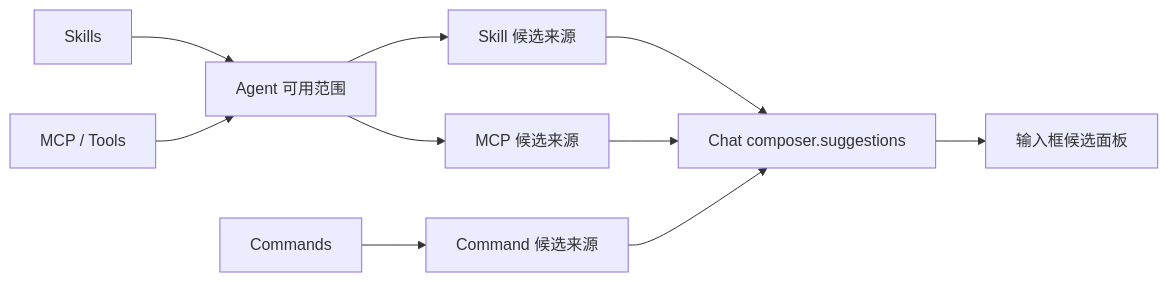
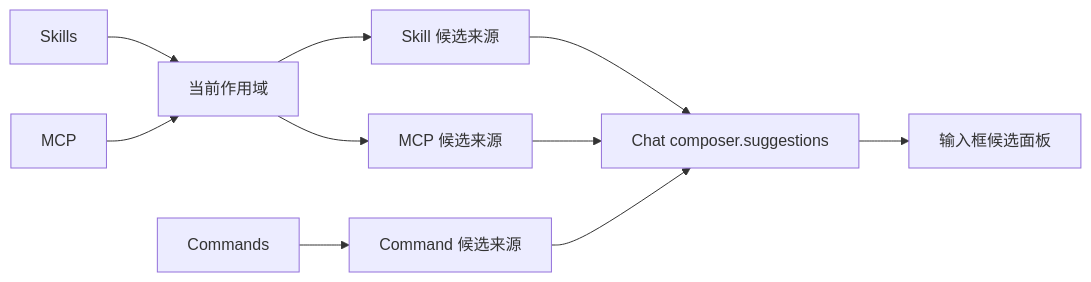
The diagram in docs/plan/skill-picker.md (lucy971326/EDITH-Harness), drawn with Mermaid before and after one commit. The commit also changed other lines of this file and 24 other files, not shown here.

First line of the commit message:
feat: Skills 与 MCP 按作用域自动可用 / Auto-enable skills and MCP by scope

````diff
--- a/docs/plan/skill-picker.md
+++ b/docs/plan/skill-picker.md
@@ -7,14 +7,14 @@
 ```mermaid
 flowchart LR
-    Skills[Skills] --> Agent[Agent 可用范围]
-    MCP[MCP / Tools] --> Agent
+    Skills[Skills] --> Scope[当前作用域]
+    MCP[MCP] --> Scope
 
-    Agent --> SkillSource[Skill 候选来源]
-    Agent --> MCPSource[MCP 候选来源]
+    Scope --> SkillSource[Skill 候选来源]
+    Scope --> MCPSource[MCP 候选来源]
     Commands[Commands] --> CommandSource[Command 候选来源]
 
     SkillSource --> Suggestions[Chat composer.suggestions]
     MCPSource --> Suggestions
     CommandSource --> Suggestions
     Suggestions --> Composer[输入框候选面板]
 ```
````
